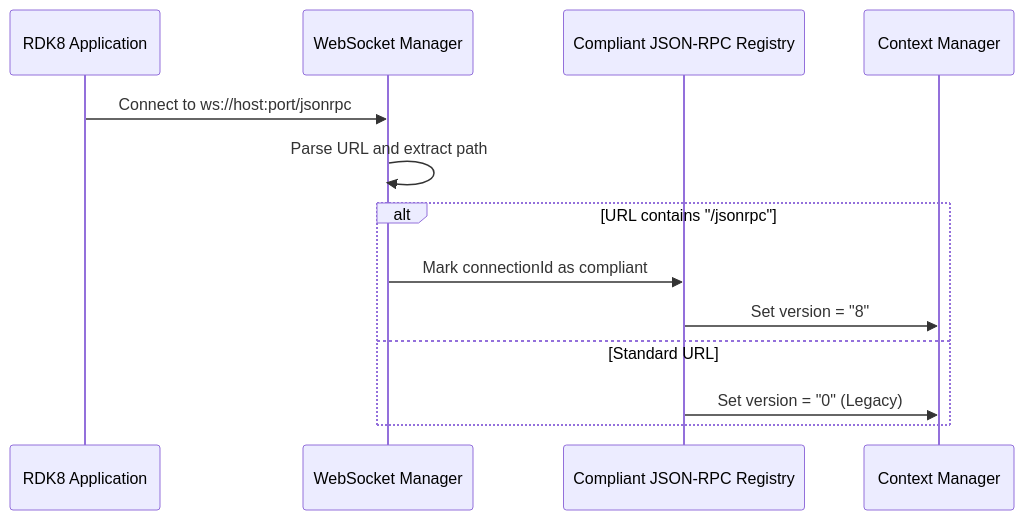
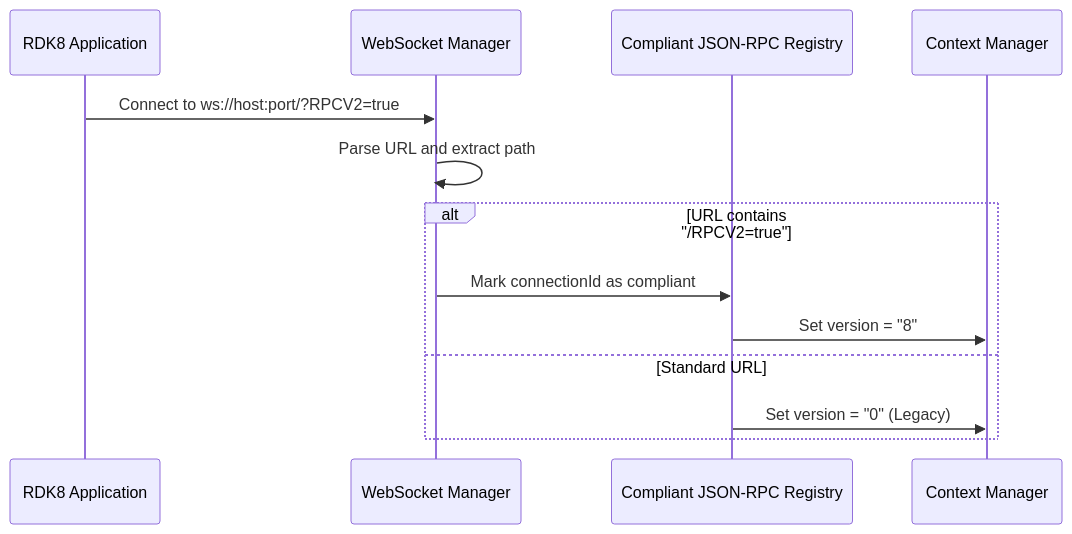
The first of 5 diagrams in docs/RDK8.md (rdkcentral/entservices-appgateway), drawn with Mermaid before and after one commit. The commit also changed other lines of this file, not shown here.

````diff
--- a/docs/RDK8.md
+++ b/docs/RDK8.md
@@ -57,16 +57,16 @@
 ```mermaid
 sequenceDiagram
     participant App as RDK8 Application
     participant WS as WebSocket Manager
     participant Registry as Compliant JSON-RPC Registry
     participant Context as Context Manager
     
-    App->>WS: Connect to ws://host:port/jsonrpc
+    App->>WS: Connect to ws://host:port/?RPCV2=true
     WS->>WS: Parse URL and extract path
-    alt URL contains "/jsonrpc"
+    alt URL contains "/RPCV2=true"
         WS->>Registry: Mark connectionId as compliant
         Registry->>Context: Set version = "8"
     else Standard URL
         Registry->>Context: Set version = "0" (Legacy)
     end
 ```
````
